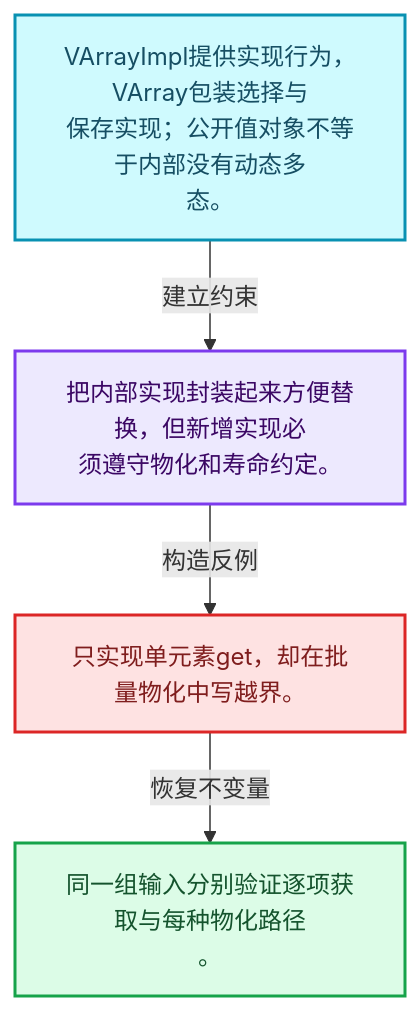
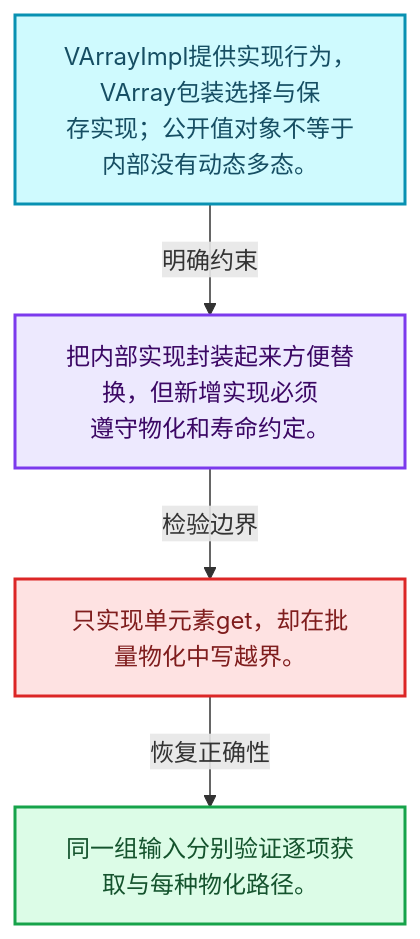
Before and after one commit to yunkezengren/blender-.vscode: the first of 4 diagrams in 杂/markdown/全面学习-codex/04-虚拟数组与索引选择/02-VArrayImpl实现接口.md, drawn with Mermaid. The commit also changed other lines of this file and 1930 other files, not shown here.

````diff
--- a/杂/markdown/全面学习-codex/04-虚拟数组与索引选择/02-VArrayImpl实现接口.md
+++ b/杂/markdown/全面学习-codex/04-虚拟数组与索引选择/02-VArrayImpl实现接口.md
@@ -29,16 +29,16 @@
 ```mermaid
 flowchart TB
-  M["VArrayImpl提供实现行为，VArray包装选择与<br/>保存实现；公开值对象不等于内部没有动态多<br/>态。"]:::data
-  T["把内部实现封装起来方便替换，但新增实现必<br/>须遵守物化和寿命约定。"]:::abstraction
-  X["只实现单元素get，却在批量物化中写越界。"]:::error
-  A["同一组输入分别验证逐项获取与每种物化路径<br/>。"]:::result
-  M -->|"建立约束"| T
-  T -->|"构造反例"| X
-  X -->|"恢复不变量"| A
+  M["VArrayImpl提供实现行为，VArray包装选择与保<br/>存实现；公开值对象不等于内部没有动态多态。"]:::data
+  C["把内部实现封装起来方便替换，但新增实现必须<br/>遵守物化和寿命约定。"]:::abstraction
+  B["只实现单元素get，却在批量物化中写越界。"]:::error
+  R["同一组输入分别验证逐项获取与每种物化路径。"]:::result
+  M -->|"明确约束"| C
+  C -->|"检验边界"| B
+  B -->|"恢复正确性"| R
   classDef input fill:#DBEAFE,stroke:#2563EB,color:#172554,stroke-width:2px;
   classDef data fill:#CFFAFE,stroke:#0891B2,color:#164E63,stroke-width:2px;
   classDef abstraction fill:#EDE9FE,stroke:#7C3AED,color:#3B0764,stroke-width:2px;
   classDef compute fill:#FEF3C7,stroke:#D97706,color:#78350F,stroke-width:2px;
   classDef result fill:#DCFCE7,stroke:#16A34A,color:#14532D,stroke-width:2px;
   classDef error fill:#FEE2E2,stroke:#DC2626,color:#7F1D1D,stroke-width:2px;
 ```
````
